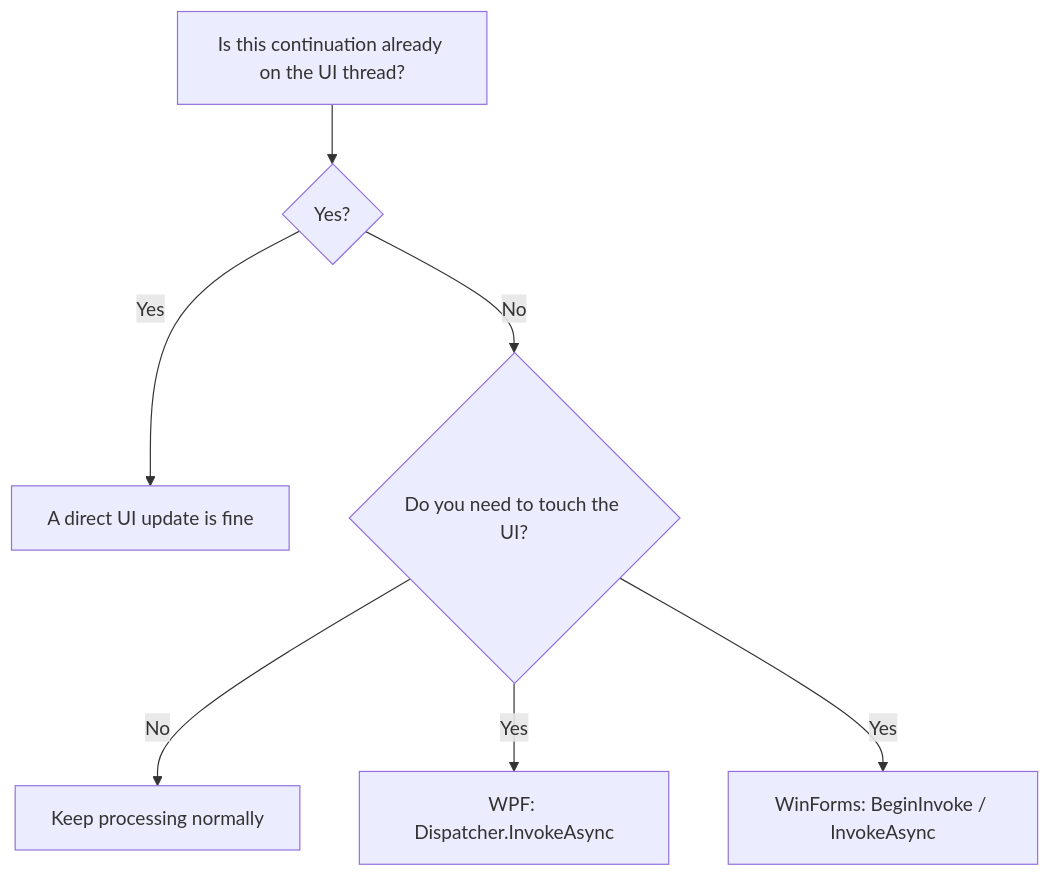
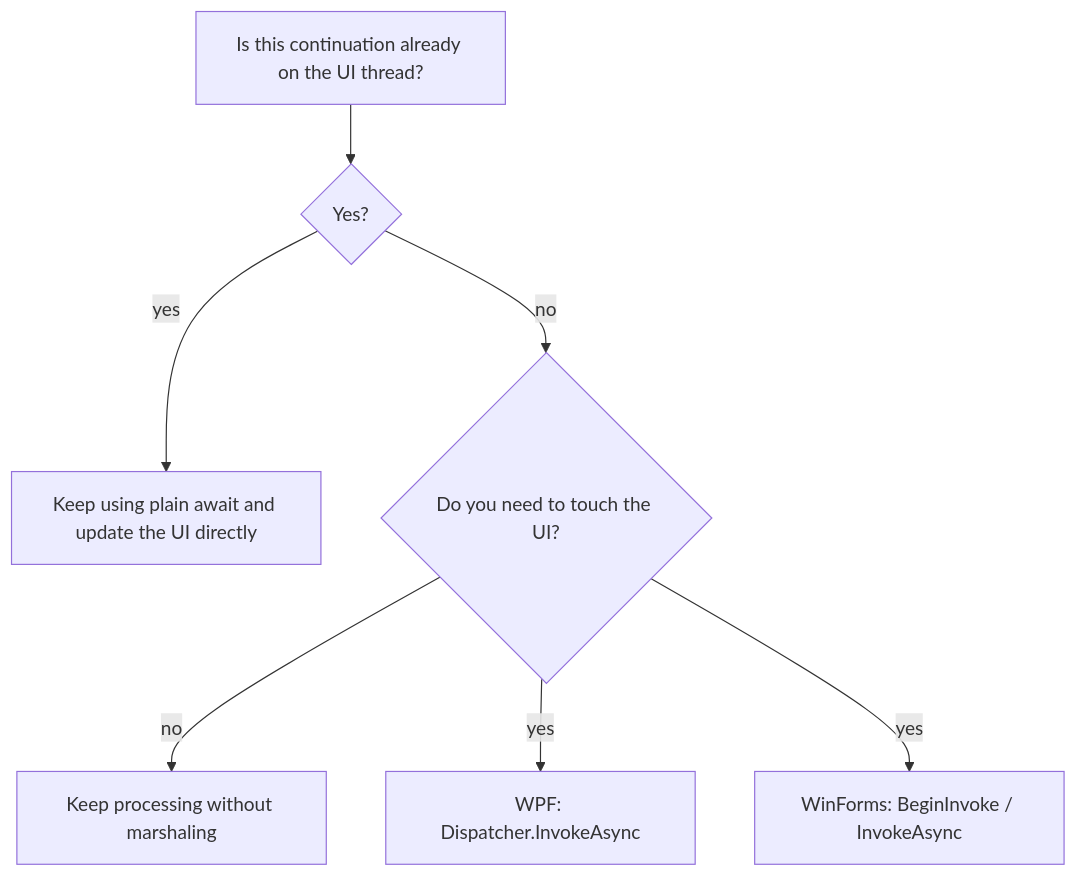
Before and after one commit to gomurin0428/KomuraSoftWeb: the eighth of 8 diagrams in _posts/2026-03-12-000-wpf-winforms-ui-thread-async-await-one-sheet-en.md, drawn with Mermaid. The commit also changed other lines of this file and 3 other files, not shown here.

````diff
--- a/_posts/2026-03-12-000-wpf-winforms-ui-thread-async-await-one-sheet-en.md
+++ b/_posts/2026-03-12-000-wpf-winforms-ui-thread-async-await-one-sheet-en.md
@@ -542,9 +559,9 @@
 ```mermaid
 flowchart TD
     A["Is this continuation already on the UI thread?"] --> B{"Yes?"}
-    B -- "Yes" --> C["A direct UI update is fine"]
-    B -- "No" --> D{"Do you need to touch the UI?"}
-    D -- "No" --> E["Keep processing normally"]
-    D -- "Yes" --> F["WPF: Dispatcher.InvokeAsync"]
-    D -- "Yes" --> G["WinForms: BeginInvoke / InvokeAsync"]
+    B -- yes --> C["Keep using plain await and update the UI directly"]
+    B -- no --> D{"Do you need to touch the UI?"}
+    D -- no --> E["Keep processing without marshaling"]
+    D -- yes --> F["WPF: Dispatcher.InvokeAsync"]
+    D -- yes --> G["WinForms: BeginInvoke / InvokeAsync"]
 ```
````
